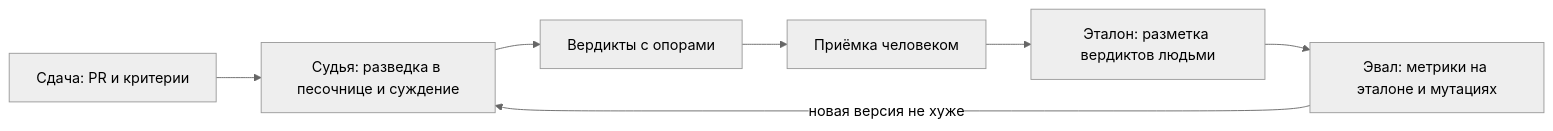
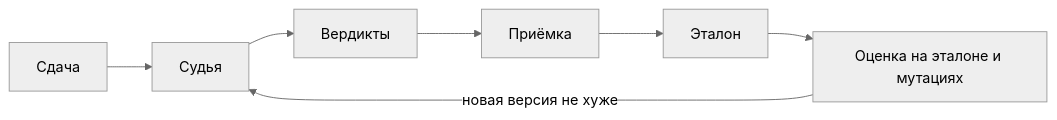
The diagram in README.md (ChS23/mlsd-judge), drawn with Mermaid (neutral theme) before and after one commit. The commit also changed other lines of this file and 5 other files, not shown here.

````diff
--- a/README.md
+++ b/README.md
@@ -29,9 +23,9 @@
 ```mermaid
 flowchart LR
-    S[Сдача: PR и критерии] --> J[Судья: разведка в песочнице и суждение]
-    J --> V[Вердикты с опорами]
-    V --> H[Приёмка человеком]
-    H --> E[Эталон: разметка вердиктов людьми]
-    E --> Ev[Эвал: метрики на эталоне и мутациях]
+    S[Сдача] --> J[Судья]
+    J --> V[Вердикты]
+    V --> H[Приёмка]
+    H --> E[Эталон]
+    E --> Ev[Оценка на эталоне и мутациях]
     Ev -->|новая версия не хуже| J
 ```
````
